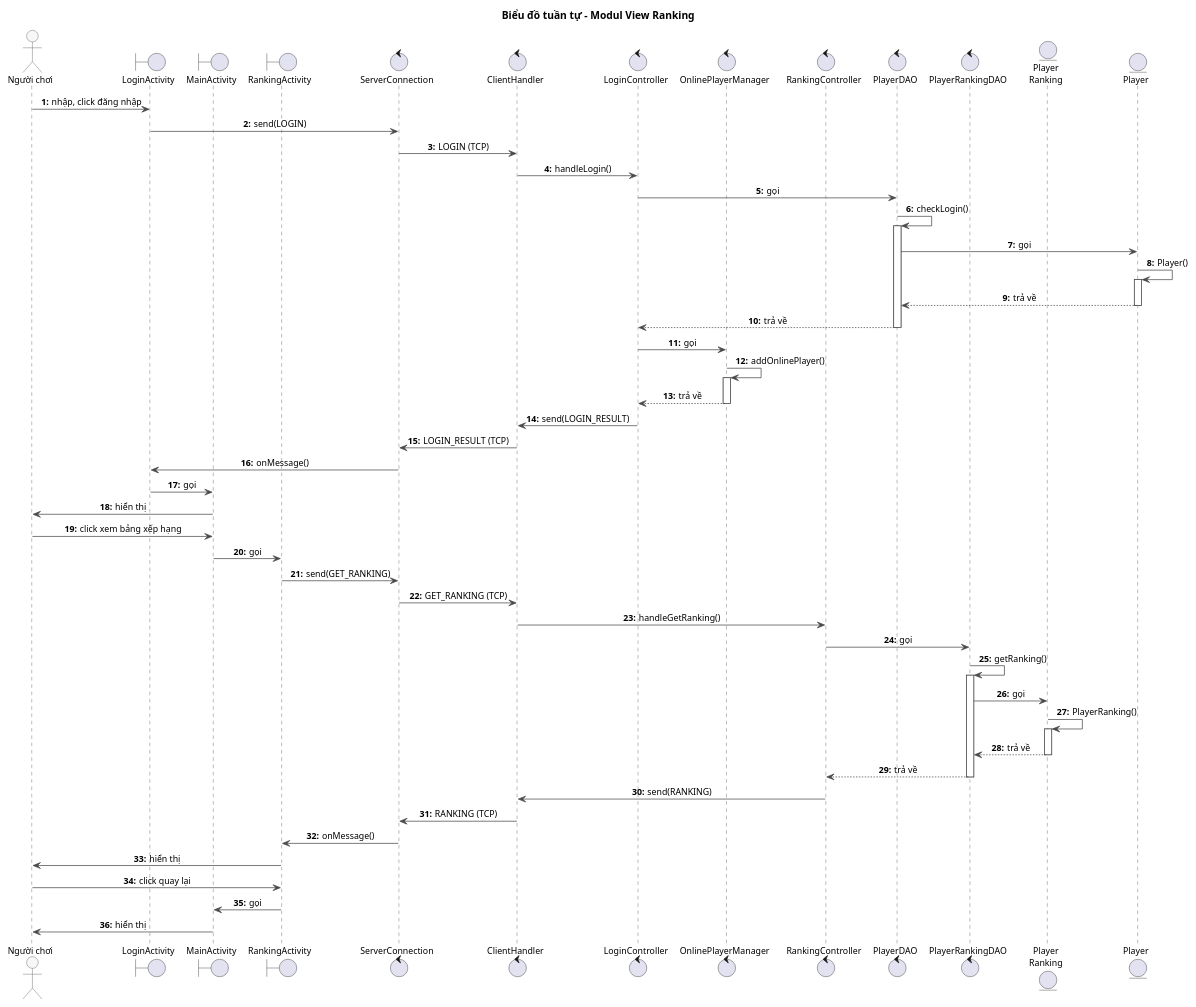
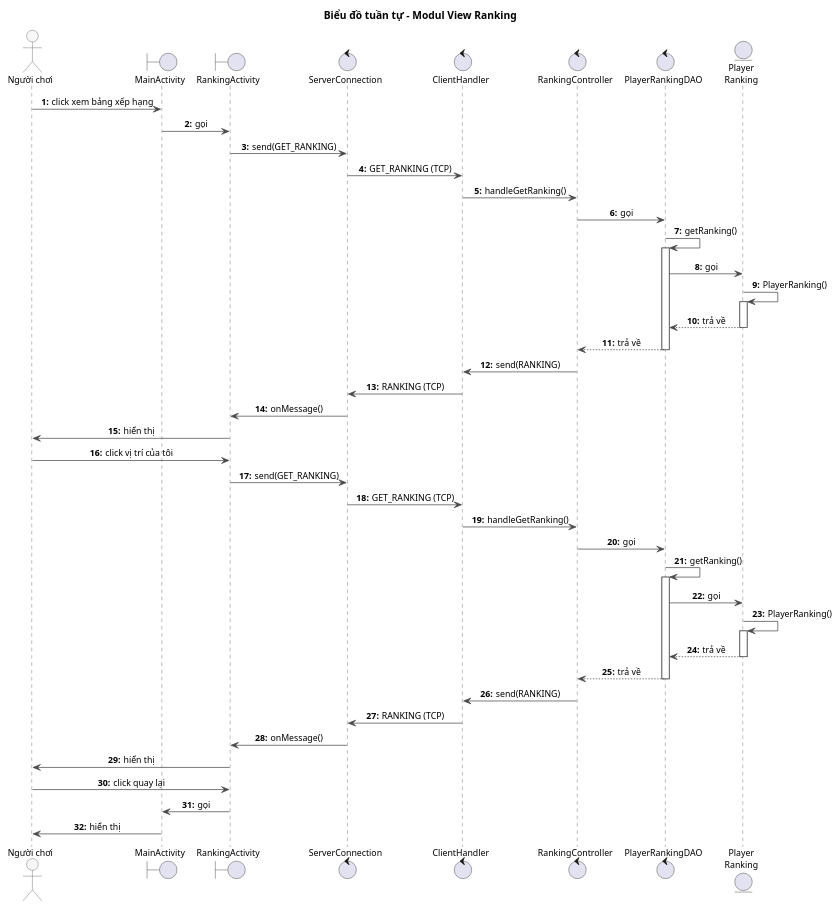
Before and after one commit to VattenL/mobile-pikachu: the diagram in docs/uml/pha3/seq-m2.puml, drawn with PlantUML. The commit also changed 56 other files, not shown here.

```diff
--- a/docs/uml/pha3/seq-m2.puml
+++ b/docs/uml/pha3/seq-m2.puml
@@ -1,78 +1,67 @@
 @startuml seq-m2
 title Biểu đồ tuần tự - Modul View Ranking
 
 skinparam shadowing false
 skinparam defaultFontSize 12
 skinparam sequenceMessageAlign center
 skinparam responseMessageBelowArrow true
 skinparam ArrowColor #4A4A4A
 skinparam sequence {
   LifeLineBorderColor #4A4A4A
   ParticipantBorderColor #4A4A4A
   ParticipantBackgroundColor #F7F7F7
   ActorBorderColor #4A4A4A
   ActorBackgroundColor #F7F7F7
 }
 autonumber "<b>0:"
 
 actor "Người chơi" as Player
-boundary LoginActivity
 boundary MainActivity
 boundary RankingActivity
 control ServerConnection
 control ClientHandler
-control LoginController
-control OnlinePlayerManager
 control RankingController
-control PlayerDAO
 control PlayerRankingDAO
 entity "Player\nRanking" as PlayerRanking
-entity "Player" as PlayerE
 
-Player -> LoginActivity : nhập, click đăng nhập
-LoginActivity -> ServerConnection : send(LOGIN)
-ServerConnection -> ClientHandler : LOGIN (TCP)
-ClientHandler -> LoginController : handleLogin()
-LoginController -> PlayerDAO : gọi
-PlayerDAO -> PlayerDAO : checkLogin()
-activate PlayerDAO
-PlayerDAO -> PlayerE : gọi
-PlayerE -> PlayerE : Player()
-activate PlayerE
-PlayerE --> PlayerDAO : trả về
-deactivate PlayerE
-PlayerDAO --> LoginController : trả về
-deactivate PlayerDAO
-LoginController -> OnlinePlayerManager : gọi
-OnlinePlayerManager -> OnlinePlayerManager : addOnlinePlayer()
-activate OnlinePlayerManager
-OnlinePlayerManager --> LoginController : trả về
-deactivate OnlinePlayerManager
-LoginController -> ClientHandler : send(LOGIN_RESULT)
-ClientHandler -> ServerConnection : LOGIN_RESULT (TCP)
-ServerConnection -> LoginActivity : onMessage()
-LoginActivity -> MainActivity : gọi
-MainActivity -> Player : hiển thị
 Player -> MainActivity : click xem bảng xếp hạng
 MainActivity -> RankingActivity : gọi
+RankingActivity -> ServerConnection : send(GET_RANKING)
+ServerConnection -> ClientHandler : GET_RANKING (TCP)
+ClientHandler -> RankingController : handleGetRanking()
+RankingController -> PlayerRankingDAO : gọi
+PlayerRankingDAO -> PlayerRankingDAO : getRanking()
+activate PlayerRankingDAO
+PlayerRankingDAO -> PlayerRanking : gọi
+PlayerRanking -> PlayerRanking : PlayerRanking()
+activate PlayerRanking
+PlayerRanking --> PlayerRankingDAO : trả về
+deactivate PlayerRanking
+PlayerRankingDAO --> RankingController : trả về
+deactivate PlayerRankingDAO
+RankingController -> ClientHandler : send(RANKING)
+ClientHandler -> ServerConnection : RANKING (TCP)
+ServerConnection -> RankingActivity : onMessage()
+RankingActivity -> Player : hiển thị
+Player -> RankingActivity : click vị trí của tôi
 RankingActivity -> ServerConnection : send(GET_RANKING)
 ServerConnection -> ClientHandler : GET_RANKING (TCP)
 ClientHandler -> RankingController : handleGetRanking()
 RankingController -> PlayerRankingDAO : gọi
 PlayerRankingDAO -> PlayerRankingDAO : getRanking()
 activate PlayerRankingDAO
 PlayerRankingDAO -> PlayerRanking : gọi
 PlayerRanking -> PlayerRanking : PlayerRanking()
 activate PlayerRanking
 PlayerRanking --> PlayerRankingDAO : trả về
 deactivate PlayerRanking
 PlayerRankingDAO --> RankingController : trả về
 deactivate PlayerRankingDAO
 RankingController -> ClientHandler : send(RANKING)
 ClientHandler -> ServerConnection : RANKING (TCP)
 ServerConnection -> RankingActivity : onMessage()
 RankingActivity -> Player : hiển thị
 Player -> RankingActivity : click quay lại
 RankingActivity -> MainActivity : gọi
 MainActivity -> Player : hiển thị
 @enduml
```
